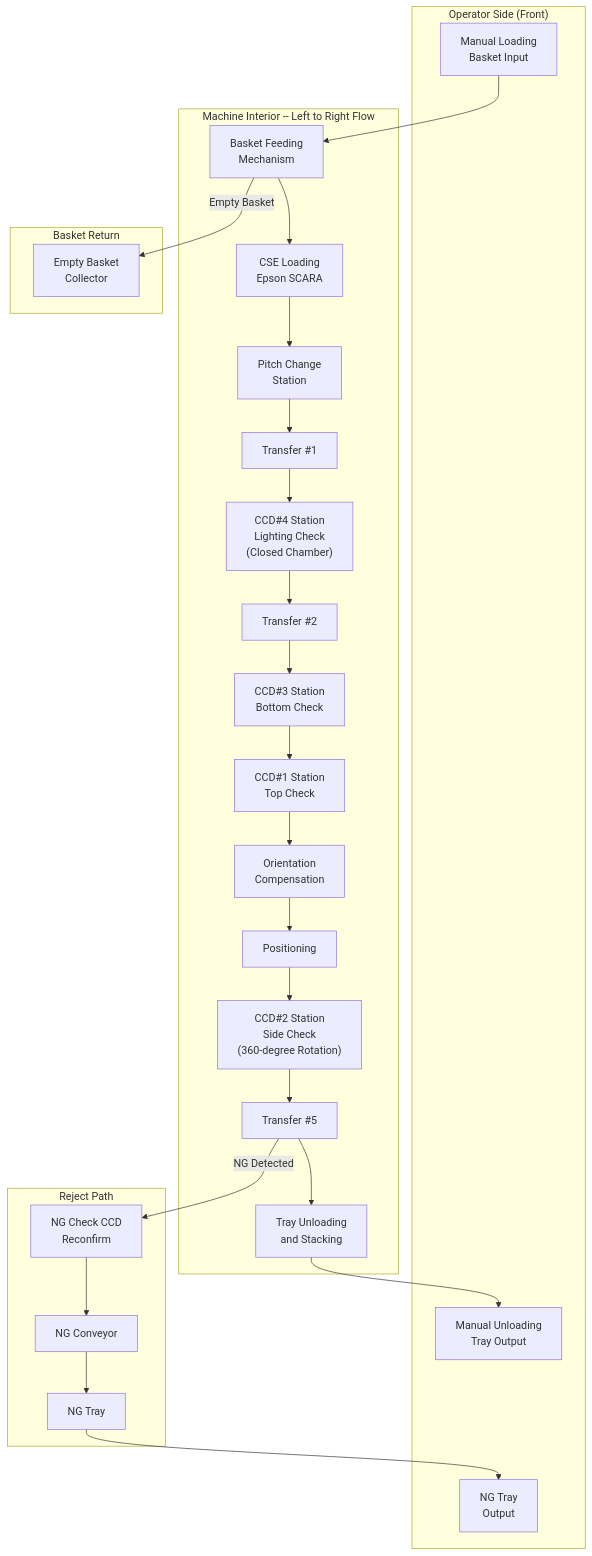
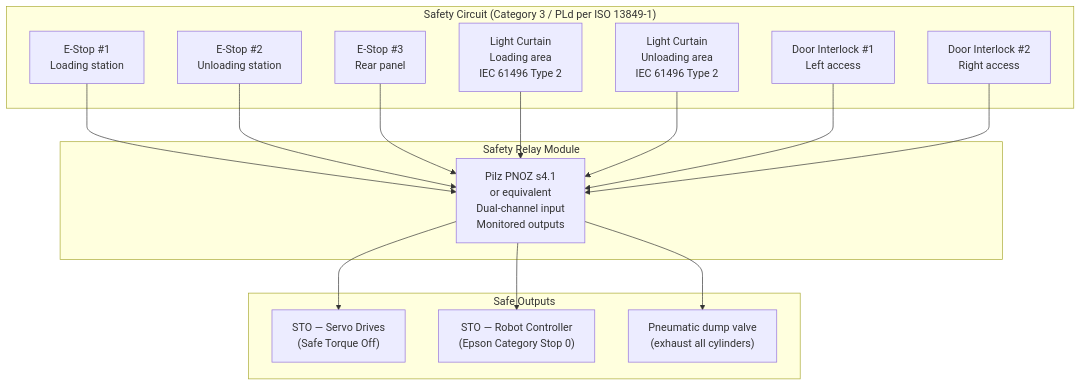
The second of 3 diagrams in docs/system-architecture.md (Rongxuan-Zhou/AOI-sys-for-TI), drawn with Mermaid before and after one commit. The commit also changed other lines of this file and 4 other files, not shown here.

First line of the commit message:
feat: add architecture diagrams + deep system architecture rewrite

````diff
--- a/docs/system-architecture.md
+++ b/docs/system-architecture.md
@@ -113,56 +266,33 @@
 ```mermaid
 graph TD
-    subgraph "Operator Side (Front)"
-        LOAD["Manual Loading<br/>Basket Input"]
-        UNLOAD["Manual Unloading<br/>Tray Output"]
-        NG_OUT["NG Tray<br/>Output"]
+    subgraph "Safety Circuit (Category 3 / PLd per ISO 13849-1)"
+        ES1["E-Stop #1<br/>Loading station"]
+        ES2["E-Stop #2<br/>Unloading station"]
+        ES3["E-Stop #3<br/>Rear panel"]
+        LC1["Light Curtain<br/>Loading area<br/>IEC 61496 Type 2"]
+        LC2["Light Curtain<br/>Unloading area<br/>IEC 61496 Type 2"]
+        DI1["Door Interlock #1<br/>Left access"]
+        DI2["Door Interlock #2<br/>Right access"]
     end
-    
-    subgraph "Machine Interior -- Left to Right Flow"
-        BF["Basket Feeding<br/>Mechanism"]
-        CSE_LOAD["CSE Loading<br/>Epson SCARA"]
-        PITCH["Pitch Change<br/>Station"]
-        T1["Transfer #1"]
-        CCD4_ST["CCD#4 Station<br/>Lighting Check<br/>(Closed Chamber)"]
-        T2["Transfer #2"]
-        CCD3_ST["CCD#3 Station<br/>Bottom Check"]
-        CCD1_ST["CCD#1 Station<br/>Top Check"]
-        COMP["Orientation<br/>Compensation"]
-        POS["Positioning"]
-        CCD2_ST["CCD#2 Station<br/>Side Check<br/>(360-degree Rotation)"]
-        T5["Transfer #5"]
-        TRAY_UL["Tray Unloading<br/>and Stacking"]
+
+    subgraph "Safety Relay Module"
+        SR["Pilz PNOZ s4.1<br/>or equivalent<br/>Dual-channel input<br/>Monitored outputs"]
     end
-    
-    subgraph "Reject Path"
-        NG_CCD["NG Check CCD<br/>Reconfirm"]
-        NG_CONV["NG Conveyor"]
-        NG_TRAY["NG Tray"]
+
+    subgraph "Safe Outputs"
+        STO_SERVO["STO — Servo Drives<br/>(Safe Torque Off)"]
+        STO_ROBOT["STO — Robot Controller<br/>(Epson Category Stop 0)"]
+        PNEUM["Pneumatic dump valve<br/>(exhaust all cylinders)"]
     end
-    
-    subgraph "Basket Return"
-        EBC["Empty Basket<br/>Collector"]
-    end
-    
-    LOAD --> BF
-    BF --> CSE_LOAD
-    CSE_LOAD --> PITCH
-    PITCH --> T1
-    T1 --> CCD4_ST
-    CCD4_ST --> T2
-    T2 --> CCD3_ST
-    CCD3_ST --> CCD1_ST
-    CCD1_ST --> COMP
-    COMP --> POS
-    POS --> CCD2_ST
-    CCD2_ST --> T5
-    T5 --> TRAY_UL
-    TRAY_UL --> UNLOAD
-    
-    T5 -->|NG Detected| NG_CCD
-    NG_CCD --> NG_CONV
-    NG_CONV --> NG_TRAY
-    NG_TRAY --> NG_OUT
-    
-    BF -->|Empty Basket| EBC
+
+    ES1 --> SR
+    ES2 --> SR
+    ES3 --> SR
+    LC1 --> SR
+    LC2 --> SR
+    DI1 --> SR
+    DI2 --> SR
+    SR --> STO_SERVO
+    SR --> STO_ROBOT
+    SR --> PNEUM
 ```
````
